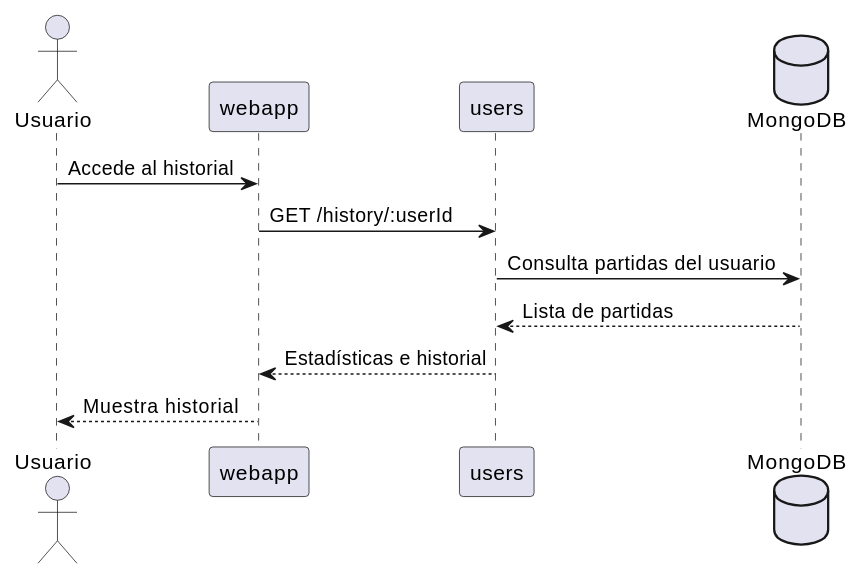
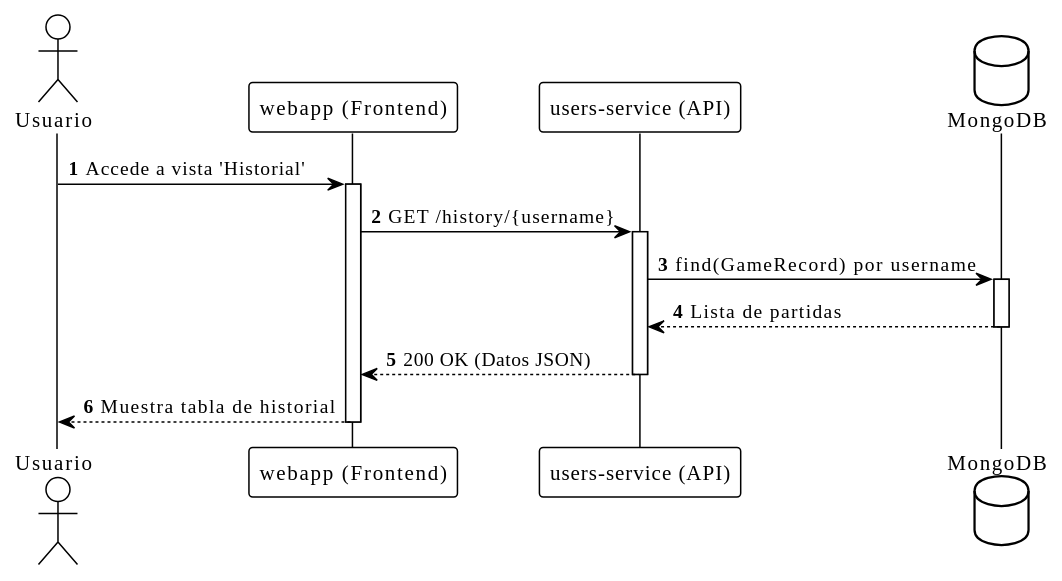
One commit to Arquisoft/yovi_es2a changed the fifth of 6 diagrams in docs/src/06_runtime_view.adoc. Above: the diagram before and after it, drawn with PlantUML. The commit also changed other lines of this file and 2 other files, not shown here.

Commit message:
version1 docu historial completa

```diff
--- a/docs/src/06_runtime_view.adoc
+++ b/docs/src/06_runtime_view.adoc
@@ -90,16 +94,26 @@
-[plantuml, runtime-history, png]
-----
+[plantuml, runtime-history-basic, png]
+....
 @startuml
+!theme plain
+autonumber
+skinparam monochrome true
+
 actor Usuario
-participant "webapp" as web
-participant "users" as users
+participant "webapp (Frontend)" as web
+participant "users-service (API)" as users
 database "MongoDB" as mongo
 
-Usuario -> web: Accede al historial
-web -> users: GET /history/:userId
-users -> mongo: Consulta partidas del usuario
+Usuario -> web: Accede a vista 'Historial'
+activate web
+web -> users: GET /history/{username}
+activate users
+users -> mongo: find(GameRecord) por username
+activate mongo
 mongo --> users: Lista de partidas
-users --> web: Estadísticas e historial
-web --> Usuario: Muestra historial
+deactivate mongo
+users --> web: 200 OK (Datos JSON)
+deactivate users
+web --> Usuario: Muestra tabla de historial
+deactivate web
 @enduml
-----
+....
```
